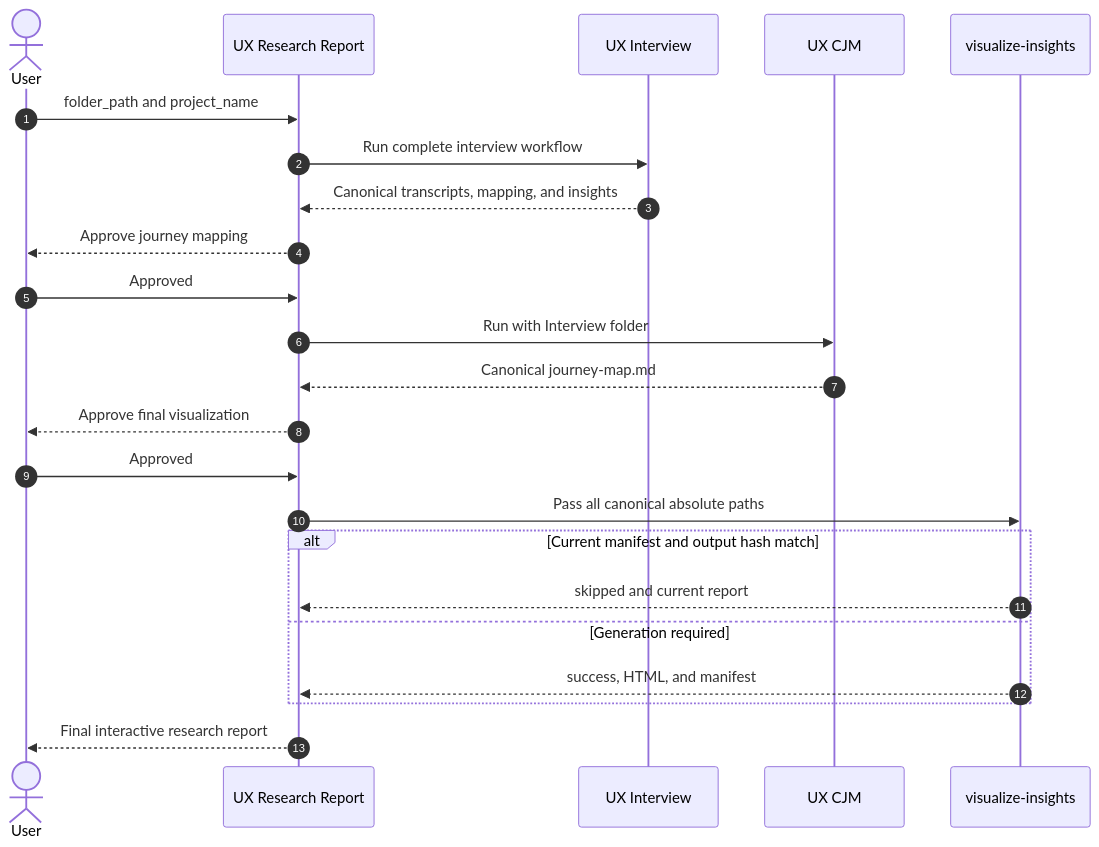
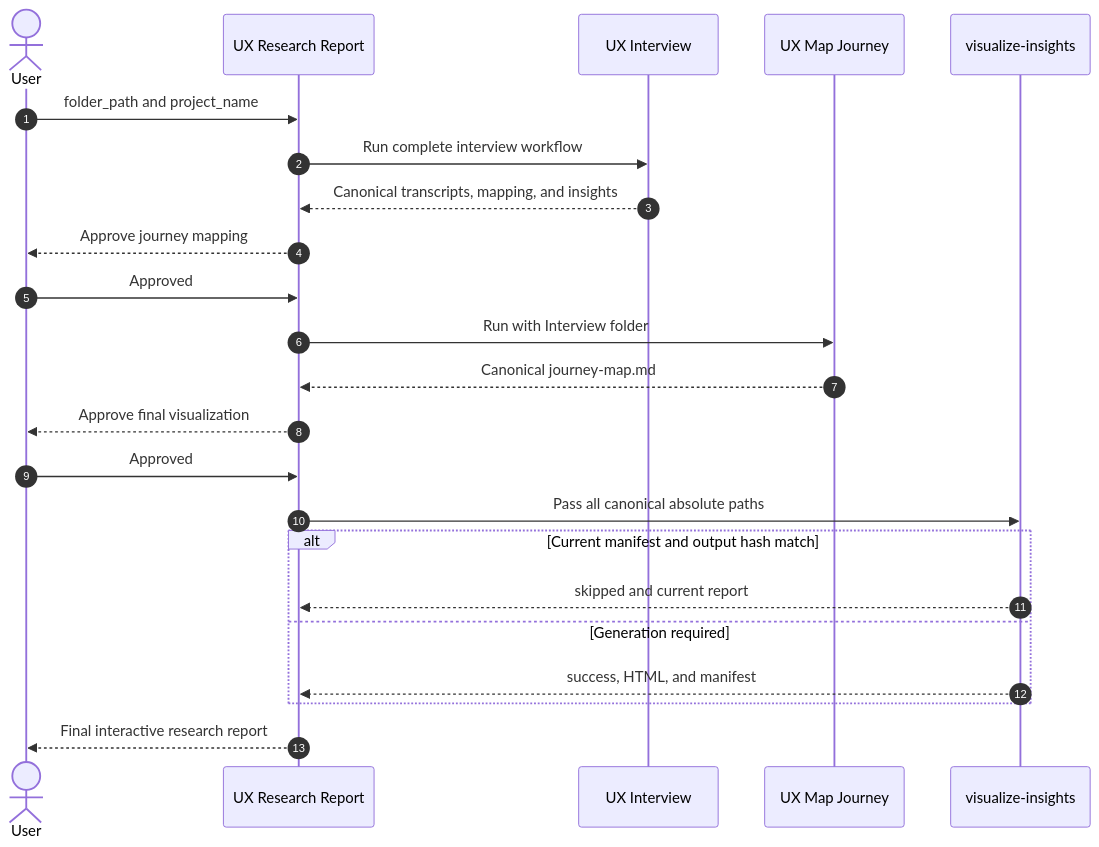
The diagram in .agents/workflows/ux-research/ORCHESTRATOR.md (nguyenlamhai89/UX-Agent), drawn with Mermaid before and after one commit. The commit also changed other lines of this file and 23 other files, not shown here.

Commit message:
update: rename ux-cjm workflow to ux-map-journey and update related documents

````diff
--- a/.agents/workflows/ux-research/ORCHESTRATOR.md
+++ b/.agents/workflows/ux-research/ORCHESTRATOR.md
@@ -124,26 +124,26 @@
 ```mermaid
 sequenceDiagram
     autonumber
     actor User
     participant Parent as UX Research Report
     participant UXI as UX Interview
-    participant CJM as UX CJM
+    participant UXM as UX Map Journey
     participant VIS as visualize-insights
 
     User->>Parent: folder_path and project_name
     Parent->>UXI: Run complete interview workflow
     UXI-->>Parent: Canonical transcripts, mapping, and insights
     Parent-->>User: Approve journey mapping
     User->>Parent: Approved
-    Parent->>CJM: Run with Interview folder
-    CJM-->>Parent: Canonical journey-map.md
+    Parent->>UXM: Run with Interview folder
+    UXM-->>Parent: Canonical journey-map.md
     Parent-->>User: Approve final visualization
     User->>Parent: Approved
     Parent->>VIS: Pass all canonical absolute paths
     alt Current manifest and output hash match
         VIS-->>Parent: skipped and current report
     else Generation required
         VIS-->>Parent: success, HTML, and manifest
     end
     Parent-->>User: Final interactive research report
 ```
````
